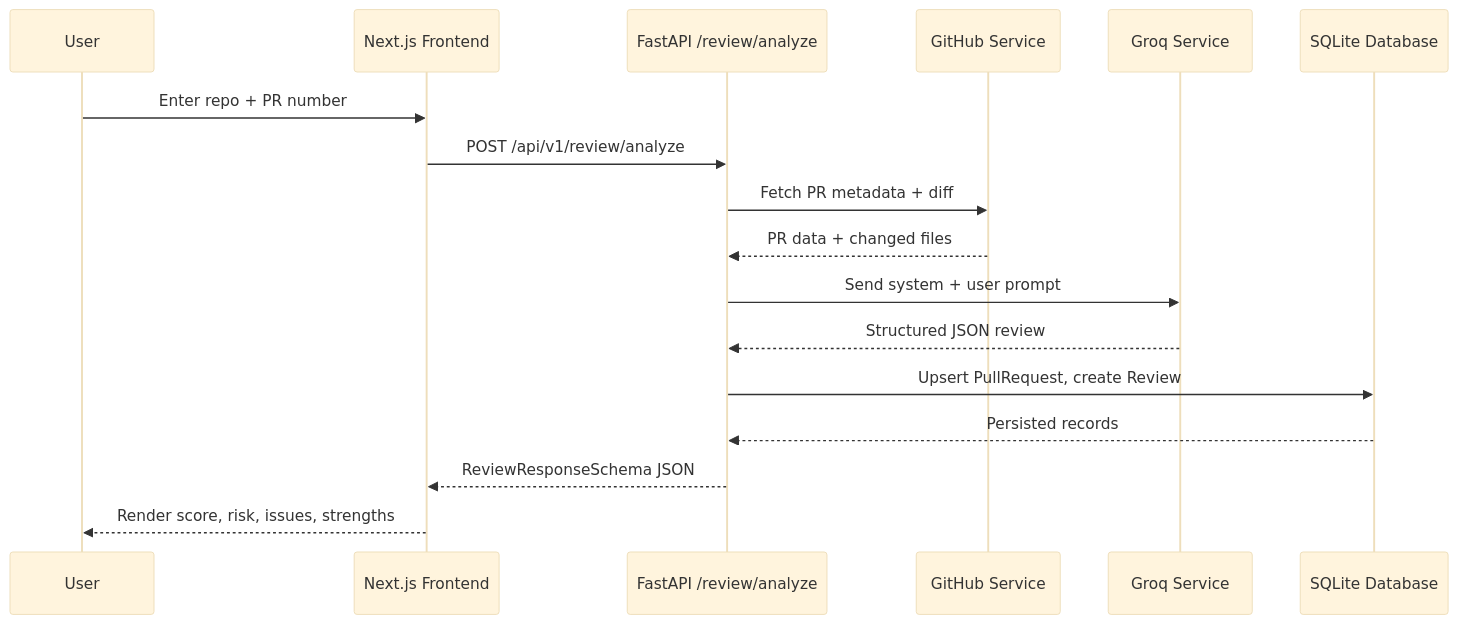
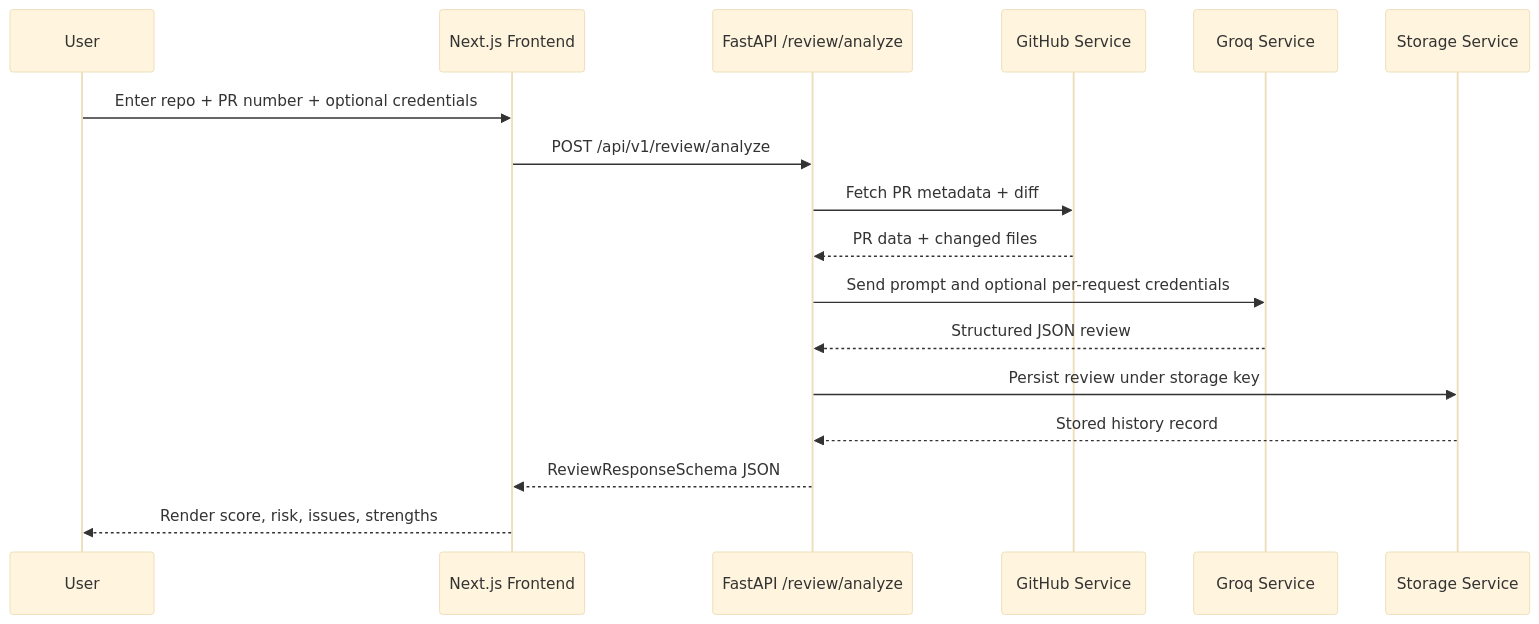
The second of 3 diagrams in docs/ARCHITECTURE.md (vkprince6/AI-PR-Review-System), drawn with Mermaid (base theme) before and after one commit. The commit also changed other lines of this file and 9 other files, not shown here.

````diff
--- a/docs/ARCHITECTURE.md
+++ b/docs/ARCHITECTURE.md
@@ -33,20 +33,20 @@
 ```mermaid
 sequenceDiagram
     participant U as User
     participant FE as Next.js Frontend
     participant API as FastAPI /review/analyze
     participant GH as GitHub Service
     participant AI as Groq Service
-    participant DB as SQLite Database
+    participant STORE as Storage Service
 
-    U->>FE: Enter repo + PR number
+    U->>FE: Enter repo + PR number + optional credentials
     FE->>API: POST /api/v1/review/analyze
     API->>GH: Fetch PR metadata + diff
     GH-->>API: PR data + changed files
-    API->>AI: Send system + user prompt
+    API->>AI: Send prompt and optional per-request credentials
     AI-->>API: Structured JSON review
-    API->>DB: Upsert PullRequest, create Review
-    DB-->>API: Persisted records
+    API->>STORE: Persist review under storage key
+    STORE-->>API: Stored history record
     API-->>FE: ReviewResponseSchema JSON
     FE-->>U: Render score, risk, issues, strengths
 ```
````
